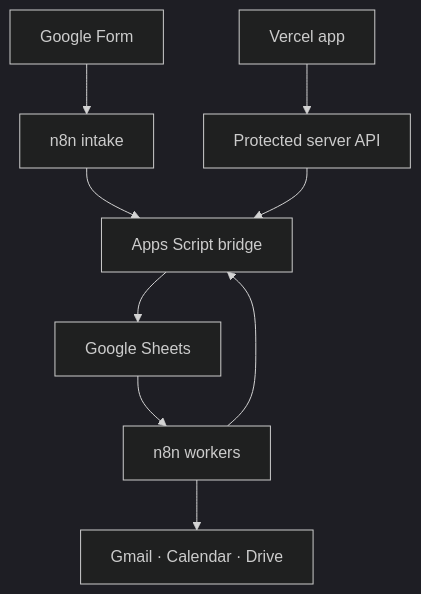
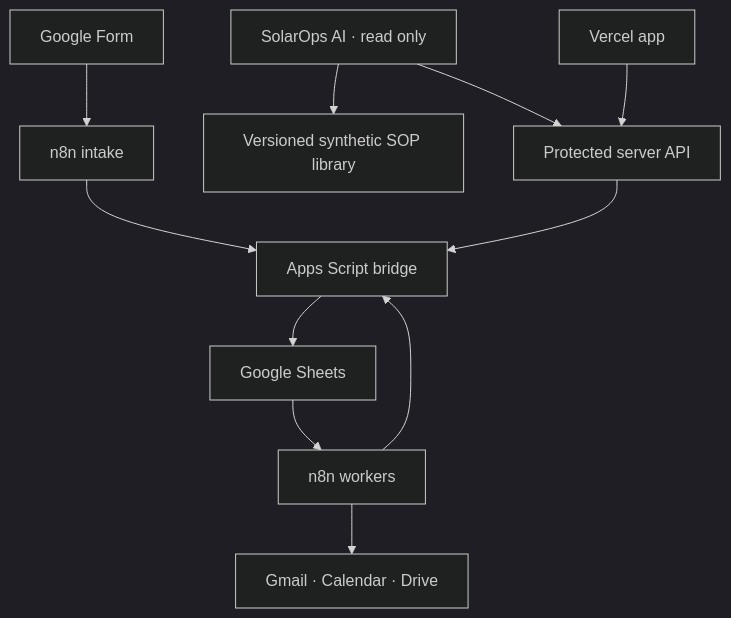
Before and after one commit to arjunschaudhary/solar-v2-private: the diagram in README.md, drawn with Mermaid (dark theme). The commit also changed other lines of this file and 23 other files, not shown here.

Commit message:
Build read-only SolarOps AI agent

````diff
--- a/README.md
+++ b/README.md
@@ -30,11 +32,13 @@
 ```mermaid
 flowchart TD
+  Agent["SolarOps AI · read only"] --> API
+  Agent --> SOP["Versioned synthetic SOP library"]
   Form["Google Form"] --> Intake["n8n intake"]
   App["Vercel app"] --> API["Protected server API"]
   Intake --> Bridge["Apps Script bridge"]
   API --> Bridge
   Bridge --> Sheets["Google Sheets"]
   Sheets --> Workers["n8n workers"]
   Workers --> Google["Gmail · Calendar · Drive"]
   Workers --> Bridge
 ```
````
